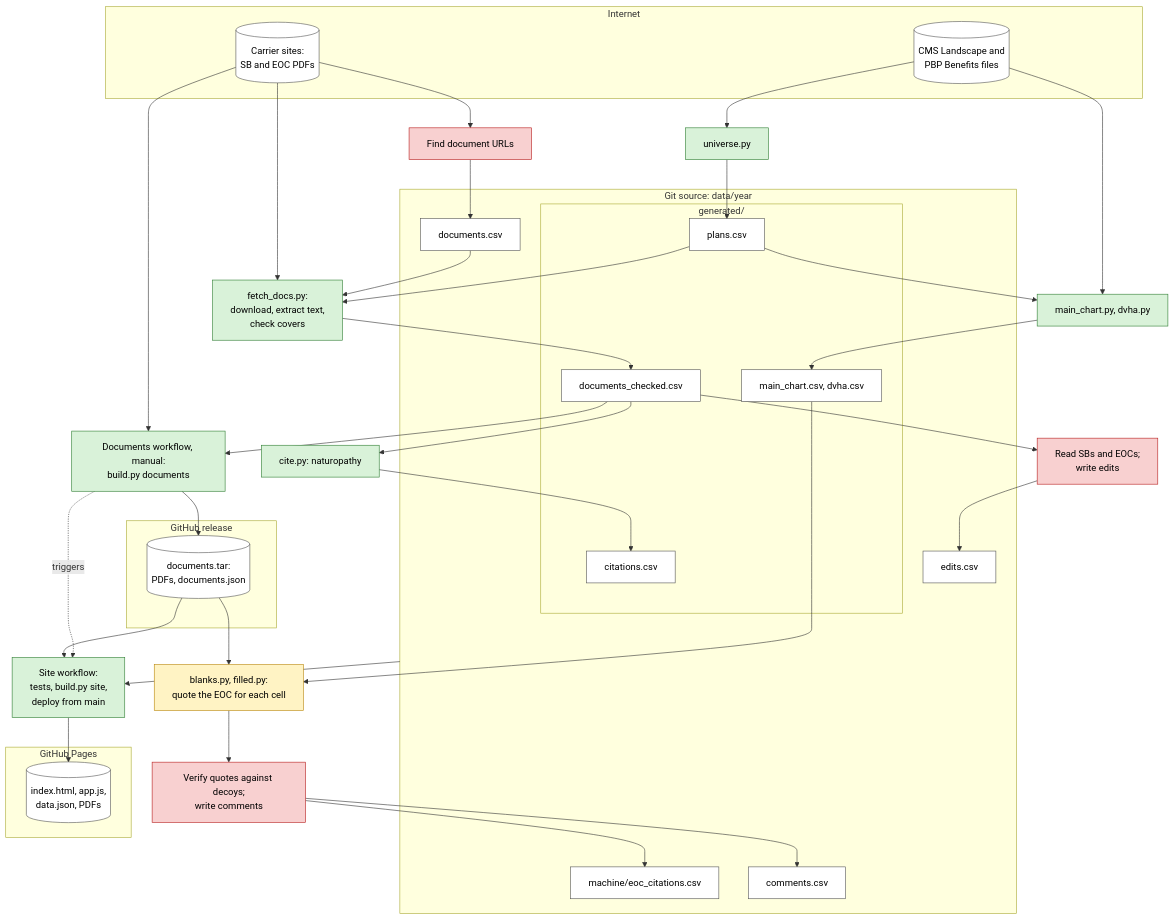
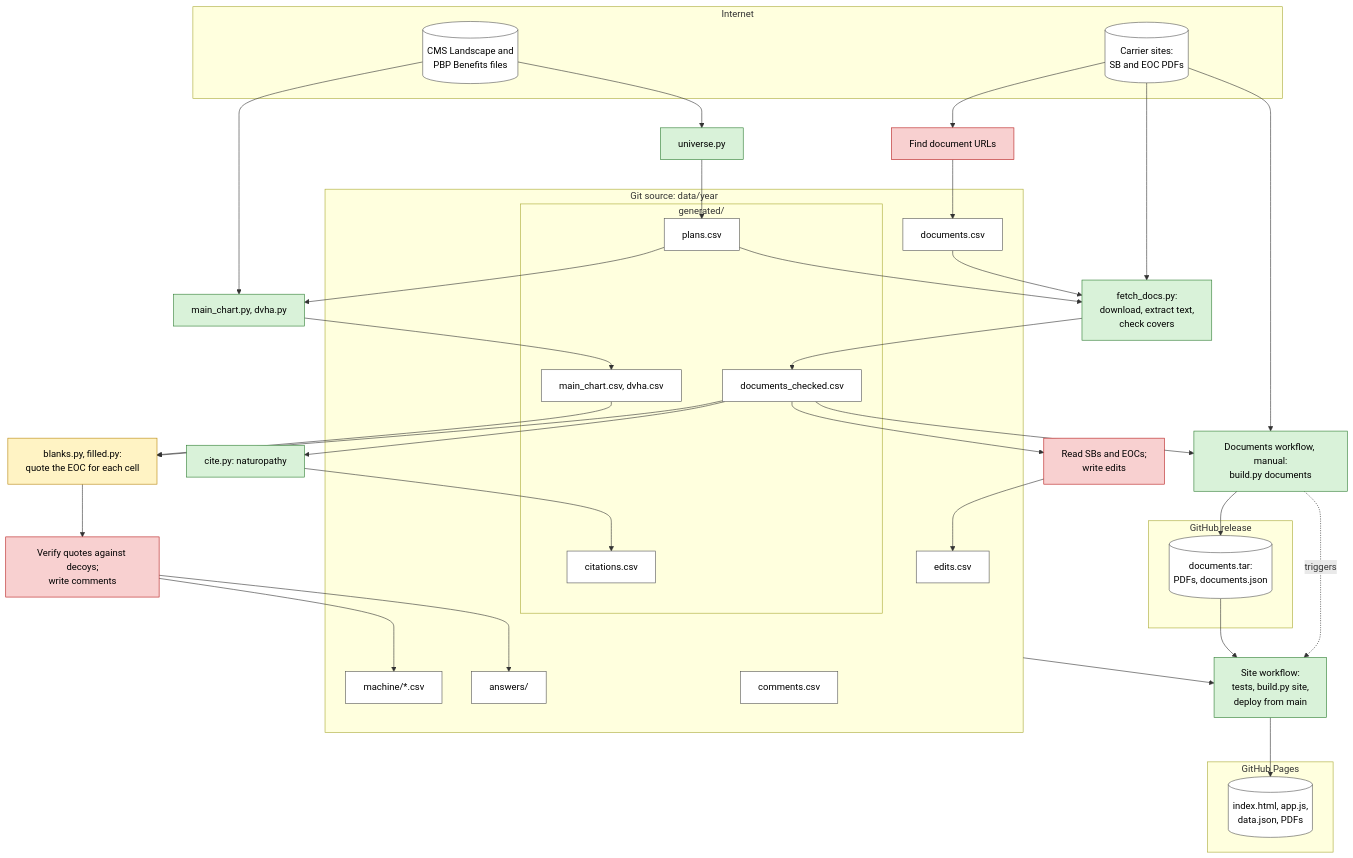
The diagram in docs/pipeline.md (rosenhouse-bot-sandbox/shiba-data), drawn with Mermaid before and after one commit. The commit also changed other lines of this file and 22 other files, not shown here.

````diff
--- a/docs/pipeline.md
+++ b/docs/pipeline.md
@@ -3,61 +3,62 @@
 ```mermaid
 flowchart TB
   classDef det fill:#d9f2d9,stroke:#2e7d32,color:#000
   classDef cheap fill:#fff3c4,stroke:#b8860b,color:#000
   classDef heavy fill:#f8d0d0,stroke:#b71c1c,color:#000
   classDef state fill:#fff,stroke:#555,color:#000
 
   subgraph external [Internet]
     carriers[(Carrier sites:<br>SB and EOC PDFs)]:::state
     cms[(CMS Landscape and<br>PBP Benefits files)]:::state
   end
 
   subgraph git [Git source: data/year]
     documents[documents.csv]:::state
     subgraph generated [generated/]
       plans[plans.csv]:::state
       checked[documents_checked.csv]:::state
       citations[citations.csv]:::state
       sheets[main_chart.csv, dvha.csv]:::state
     end
-    eoccites[machine/eoc_citations.csv]:::state
+    eoccites[machine/*.csv]:::state
+    answers[answers/]:::state
     edits[edits.csv]:::state
     comments[comments.csv]:::state
   end
 
   subgraph release [GitHub release]
     tar[(documents.tar:<br>PDFs, documents.json)]:::state
   end
 
   subgraph web [GitHub Pages]
     site[(index.html, app.js,<br>data.json, PDFs)]:::state
   end
 
   findurls[Find document URLs]:::heavy
   universe[universe.py]:::det
   fetch[fetch_docs.py:<br>download, extract text,<br>check covers]:::det
   review[Read SBs and EOCs;<br>write edits]:::heavy
   cite[cite.py: naturopathy]:::det
   gen[main_chart.py, dvha.py]:::det
 
   carriers --> findurls --> documents
   cms --> universe --> plans
   documents & plans --> fetch --> checked
   carriers --> fetch
   checked --> review --> edits
   checked --> cite --> citations
   cms & plans --> gen --> sheets
 
   extract[blanks.py, filled.py:<br>quote the EOC for each cell]:::cheap
   verify[Verify quotes against decoys;<br>write comments]:::heavy
 
-  tar & sheets --> extract --> verify --> eoccites & comments
+  checked & sheets --> extract --> verify --> eoccites & answers
 
   docwf[Documents workflow, manual:<br>build.py documents]:::det
   sitewf[Site workflow:<br>tests, build.py site,<br>deploy from main]:::det
 
   checked --> docwf
   carriers --> docwf --> tar
   docwf -. triggers .-> sitewf
   tar & git --> sitewf --> site
 ```
````
